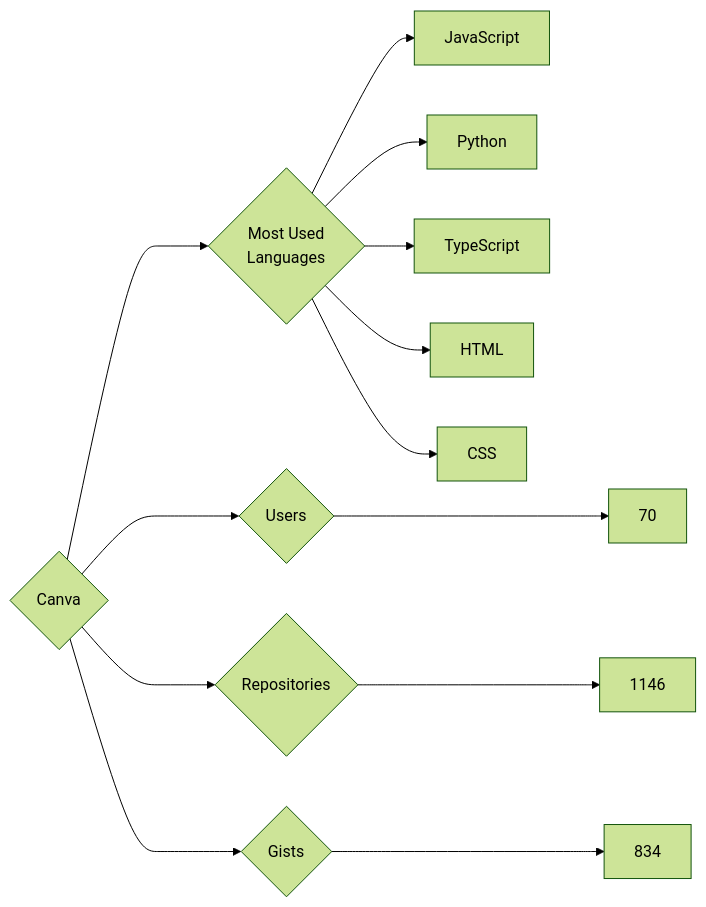
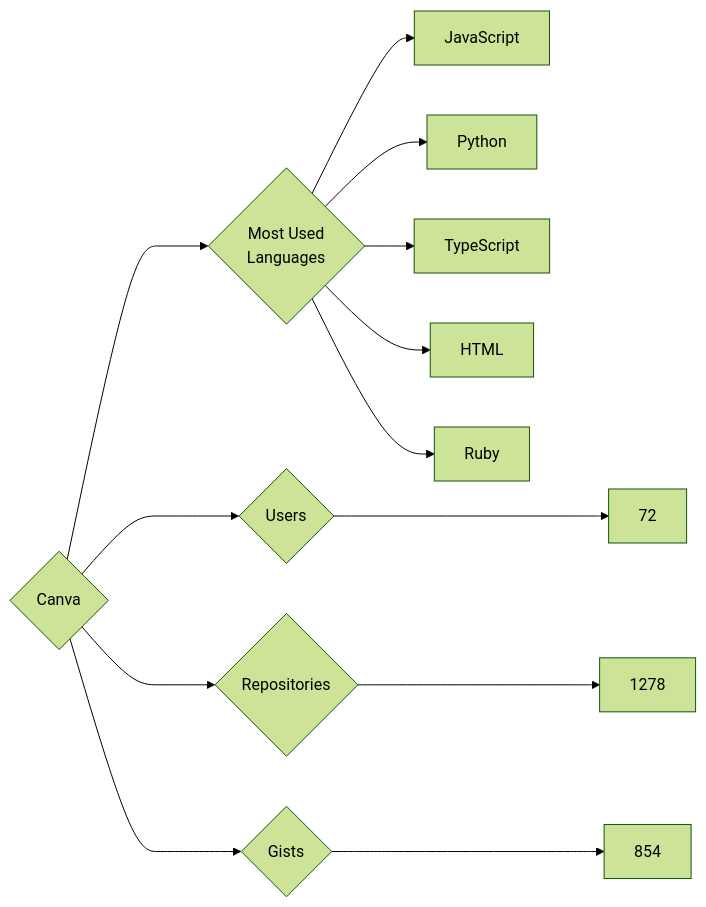
Before and after one commit to trickest/insiders: the diagram in targets/Canva/README.md, drawn with Mermaid (forest theme). The commit also changed 951 other files, not shown here.

````diff
--- a/targets/Canva/README.md
+++ b/targets/Canva/README.md
@@ -3,13 +3,13 @@
 ```mermaid
 graph LR
 COMPANY_NAME{Canva}
-COMPANY_NAME ---> U{Users} ---> UN[70]
-COMPANY_NAME ---> R{Repositories} ---> RN[1146]
-COMPANY_NAME ---> G{Gists} ---> GN[834]
+COMPANY_NAME ---> U{Users} ---> UN[72]
+COMPANY_NAME ---> R{Repositories} ---> RN[1278]
+COMPANY_NAME ---> G{Gists} ---> GN[854]
 COMPANY_NAME ---> ML{Most Used<br>Languages}
 ML --> JavaScript[JavaScript]
 ML --> Python[Python]
 ML --> TypeScript[TypeScript]
 ML --> HTML[HTML]
-ML --> CSS[CSS]
+ML --> Ruby[Ruby]
 ```
````
